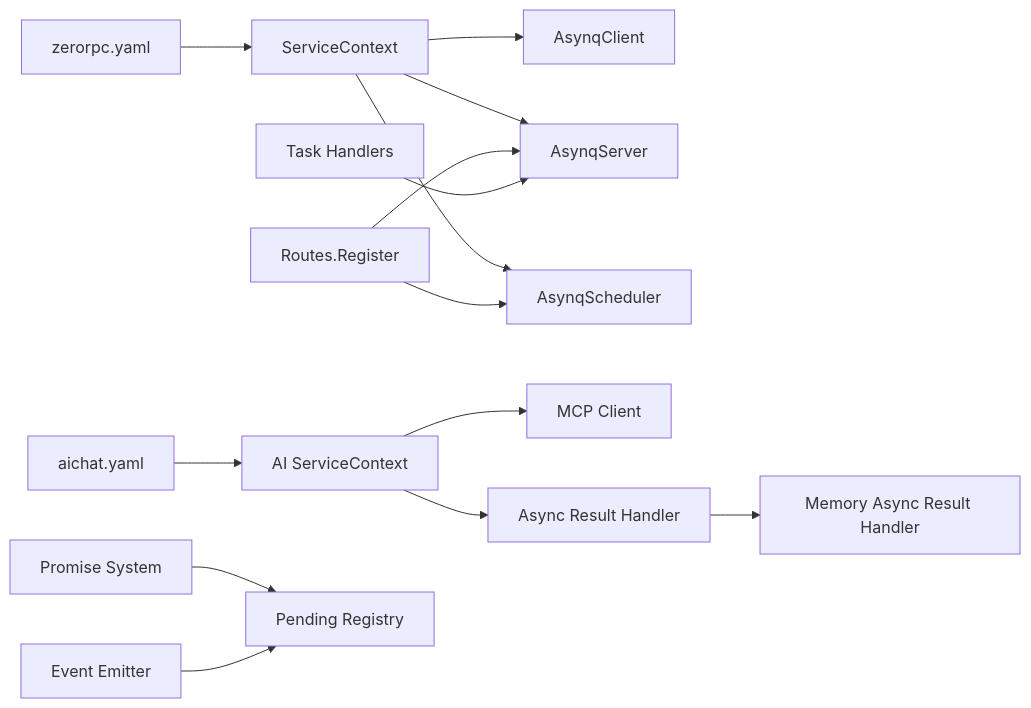
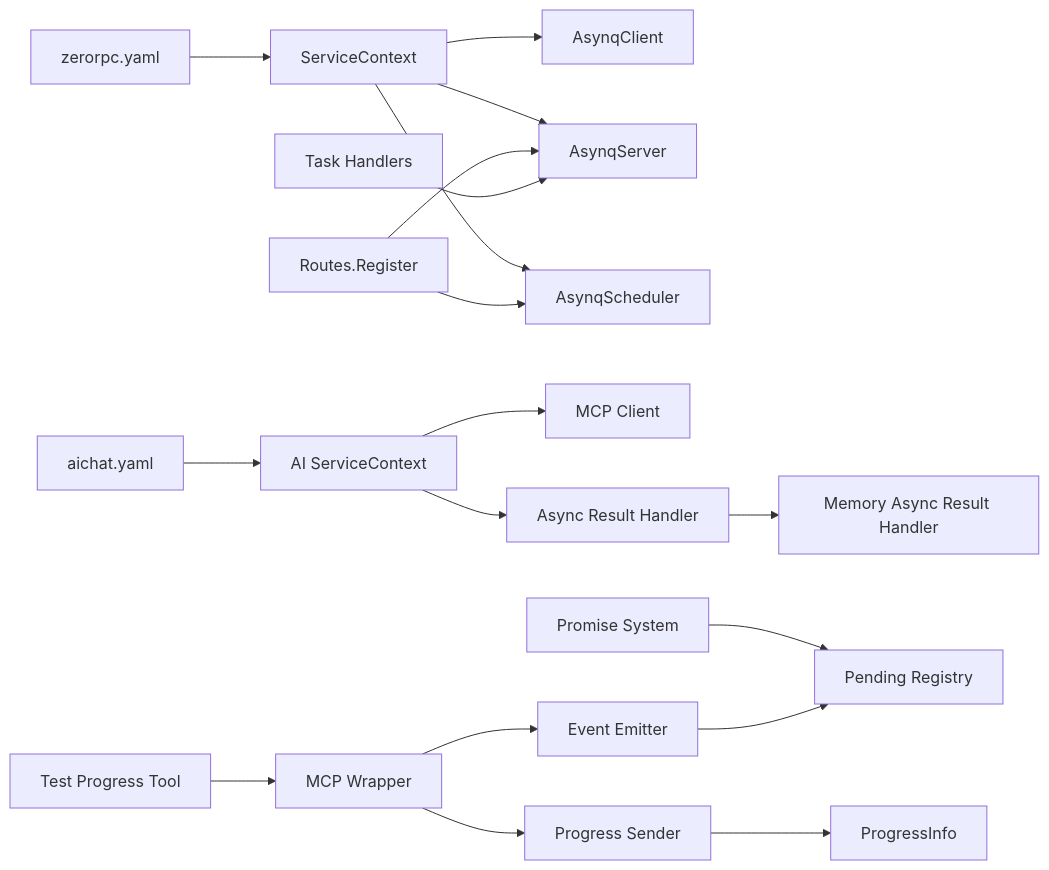
Diagram 15 of 15 in .qoder/repowiki/zh/content/公共组件库/异步任务组件.md (maomao94/zero-service), drawn with Mermaid before and after one commit. The commit also changed other lines of this file and 48 other files, not shown here.

````diff
--- a/.qoder/repowiki/zh/content/公共组件库/异步任务组件.md
+++ b/.qoder/repowiki/zh/content/公共组件库/异步任务组件.md
@@ -665,16 +925,20 @@
 ```mermaid
 graph LR
 CFG["zerorpc.yaml"] --> SVC["ServiceContext"]
 SVC --> CLI["AsynqClient"]
 SVC --> SRV["AsynqServer"]
 SVC --> SCH["AsynqScheduler"]
 ROUTES["Routes.Register"] --> SRV
 ROUTES --> SCH
 HANDLER["Task Handlers"] --> SRV
 CFG2["aichat.yaml"] --> SVC2["AI ServiceContext"]
 SVC2 --> MCP["MCP Client"]
 SVC2 --> ASYNC_HANDLER["Async Result Handler"]
 ASYNC_HANDLER --> MEMORY_HANDLER["Memory Async Result Handler"]
 PROMISE["Promise System"] --> PENDING["Pending Registry"]
 EMITTER["Event Emitter"] --> PENDING
+WRAPPER["MCP Wrapper"] --> EMITTER
+WRAPPER --> PROGRESS_SENDER["Progress Sender"]
+PROGRESS_SENDER --> PROGRESS_INFO["ProgressInfo"]
+TEST_PROGRESS["Test Progress Tool"] --> WRAPPER
 ```
````
